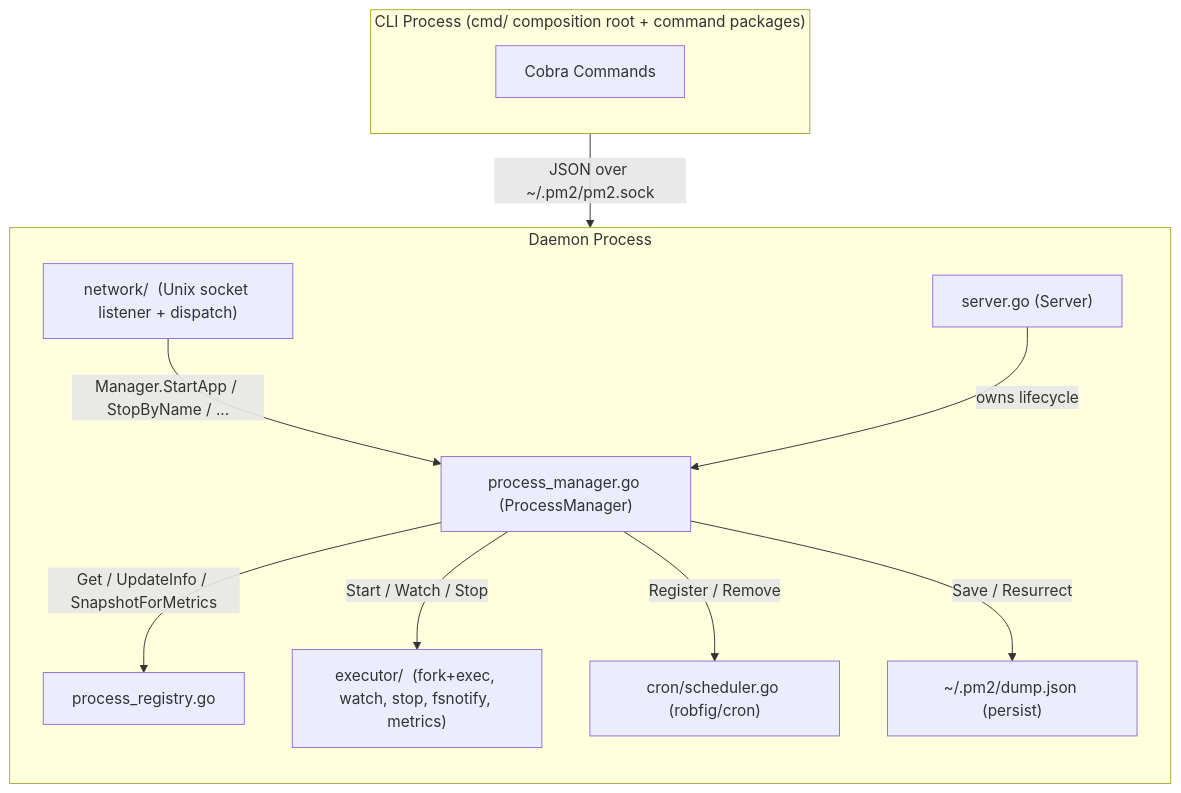
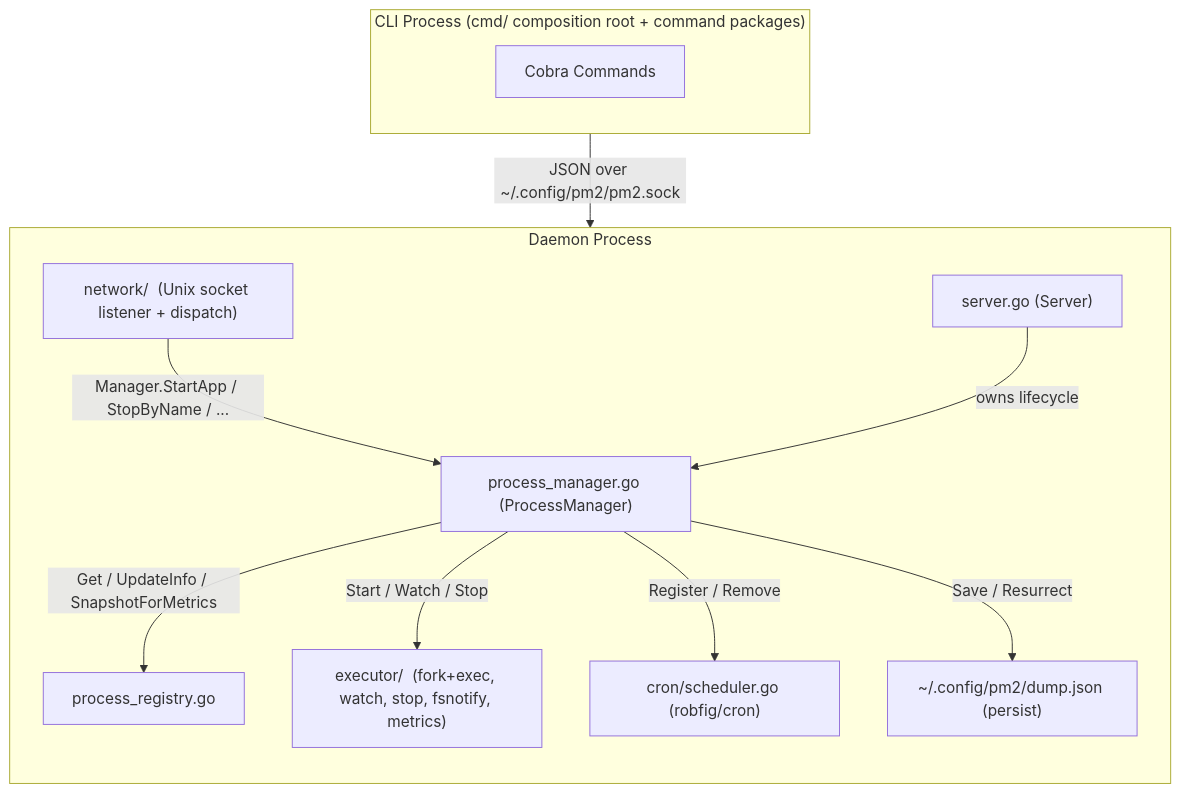
Before and after one commit to BizShuk/pm2: the diagram in CLAUDE.md, drawn with Mermaid. The commit also changed other lines of this file and 40 other files, not shown here.

````diff
--- a/CLAUDE.md
+++ b/CLAUDE.md
@@ -11,27 +11,27 @@
 ```mermaid
 flowchart TD
     subgraph CLI ["CLI Process (cmd/ composition root + command packages)"]
         direction TB
         C["Cobra Commands"]
     end
 
     subgraph Daemon ["Daemon Process"]
         direction TB
         N["network/  (Unix socket listener + dispatch)"]
         S["server.go (Server)"]
         PM["process_manager.go (ProcessManager)"]
         R["process_registry.go"]
         E["executor/  (fork+exec, watch, stop, fsnotify, metrics)"]
         CR["cron/scheduler.go (robfig/cron)"]
-        D["~/.pm2/dump.json (persist)"]
+        D["~/.config/pm2/dump.json (persist)"]
 
         N -->|"Manager.StartApp / StopByName / ..."| PM
         S -->|"owns lifecycle"| PM
         PM -->|"Get / UpdateInfo / SnapshotForMetrics"| R
         PM -->|"Start / Watch / Stop"| E
         PM -->|"Register / Remove"| CR
         PM -->|"Save / Resurrect"| D
     end
 
-    C -- "JSON over ~/.pm2/pm2.sock" --> N
+    C -- "JSON over ~/.config/pm2/pm2.sock" --> N
 ```
````
